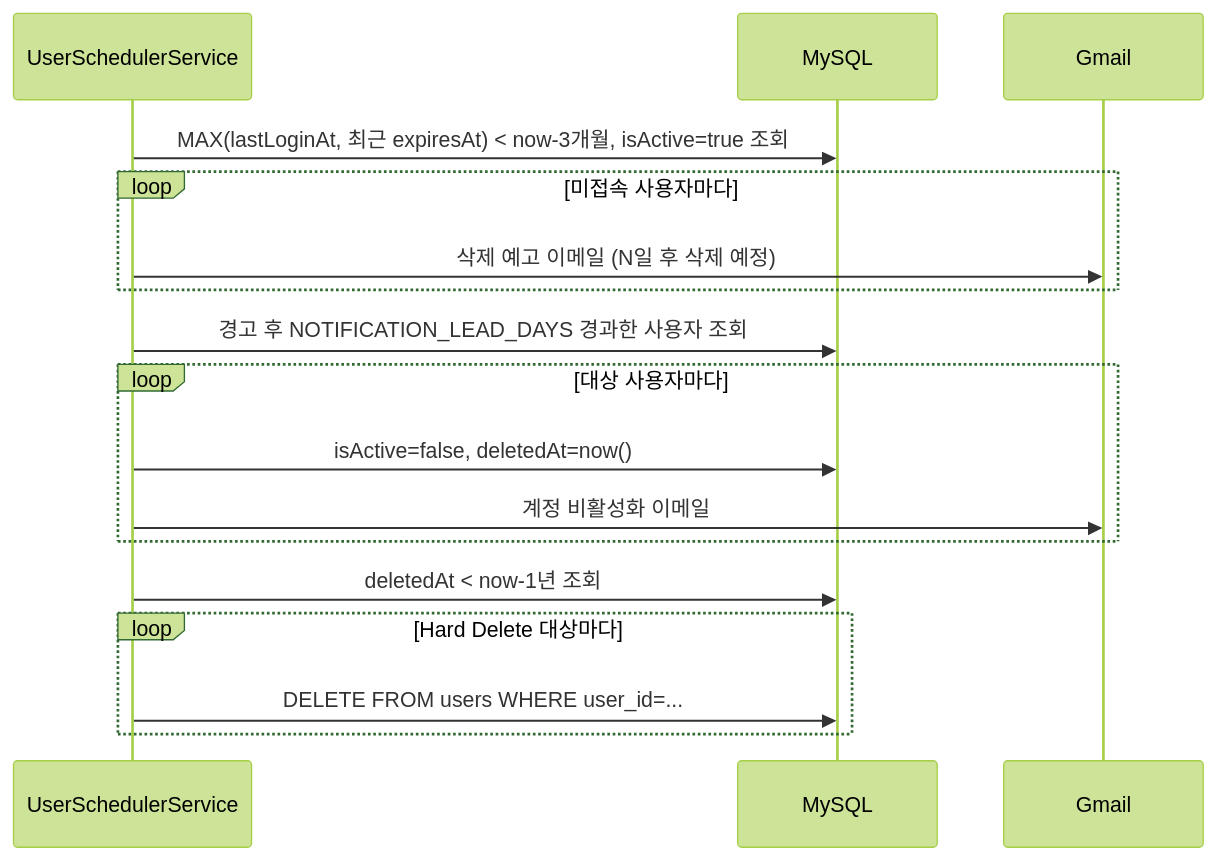
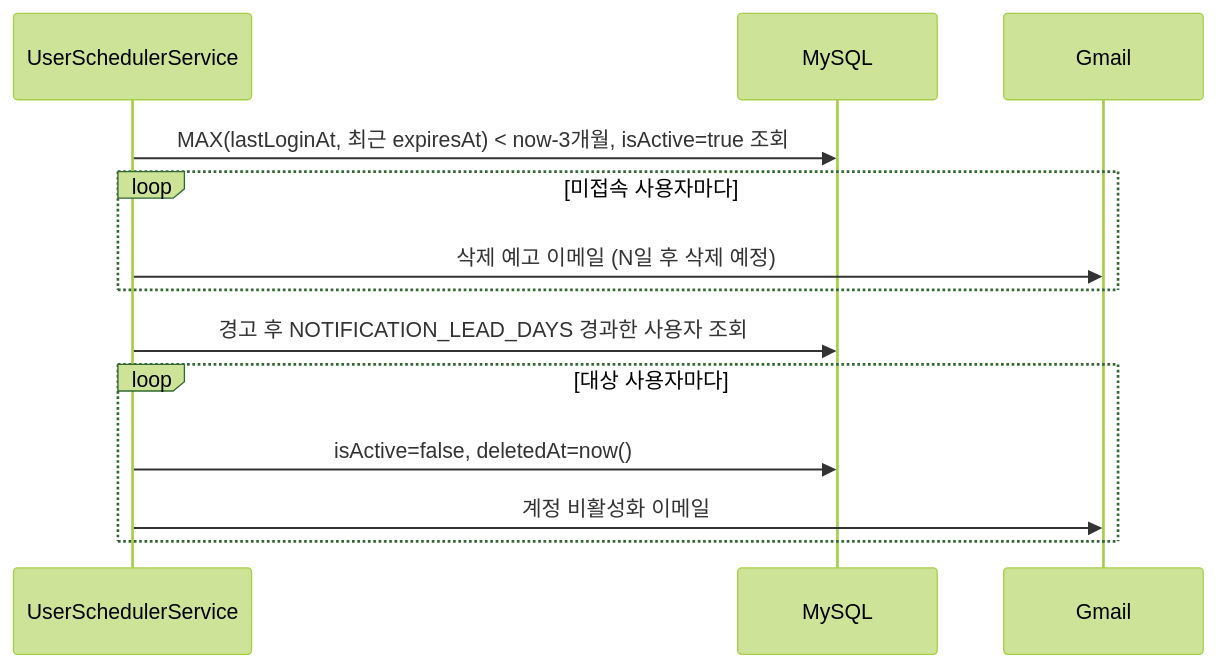
One commit to CSID-DGU/admin_wiki changed diagram 11 of 15 in md/backend/시스템-아키텍처.md. Above: the diagram before and after it, drawn with Mermaid (forest theme). The commit also changed other lines of this file and 2 other files, not shown here.

First line of the commit message:
docs: Hard Delete 제거 반영 (admin_be #380 머지에 따른 후속 수정) (#14)

````diff
--- a/md/backend/시스템-아키텍처.md
+++ b/md/backend/시스템-아키텍처.md
@@ -290,22 +286,17 @@
 ```mermaid
 sequenceDiagram
     participant Scheduler as UserSchedulerService
     participant DB as MySQL
     participant Gmail as Gmail
 
     Scheduler->>DB: MAX(lastLoginAt, 최근 expiresAt) < now-3개월, isActive=true 조회
     loop 미접속 사용자마다
         Scheduler->>Gmail: 삭제 예고 이메일 (N일 후 삭제 예정)
     end
 
     Scheduler->>DB: 경고 후 NOTIFICATION_LEAD_DAYS 경과한 사용자 조회
     loop 대상 사용자마다
         Scheduler->>DB: isActive=false, deletedAt=now()
         Scheduler->>Gmail: 계정 비활성화 이메일
     end
-
-    Scheduler->>DB: deletedAt < now-1년 조회
-    loop Hard Delete 대상마다
-        Scheduler->>DB: DELETE FROM users WHERE user_id=...
-    end
 ```
````
